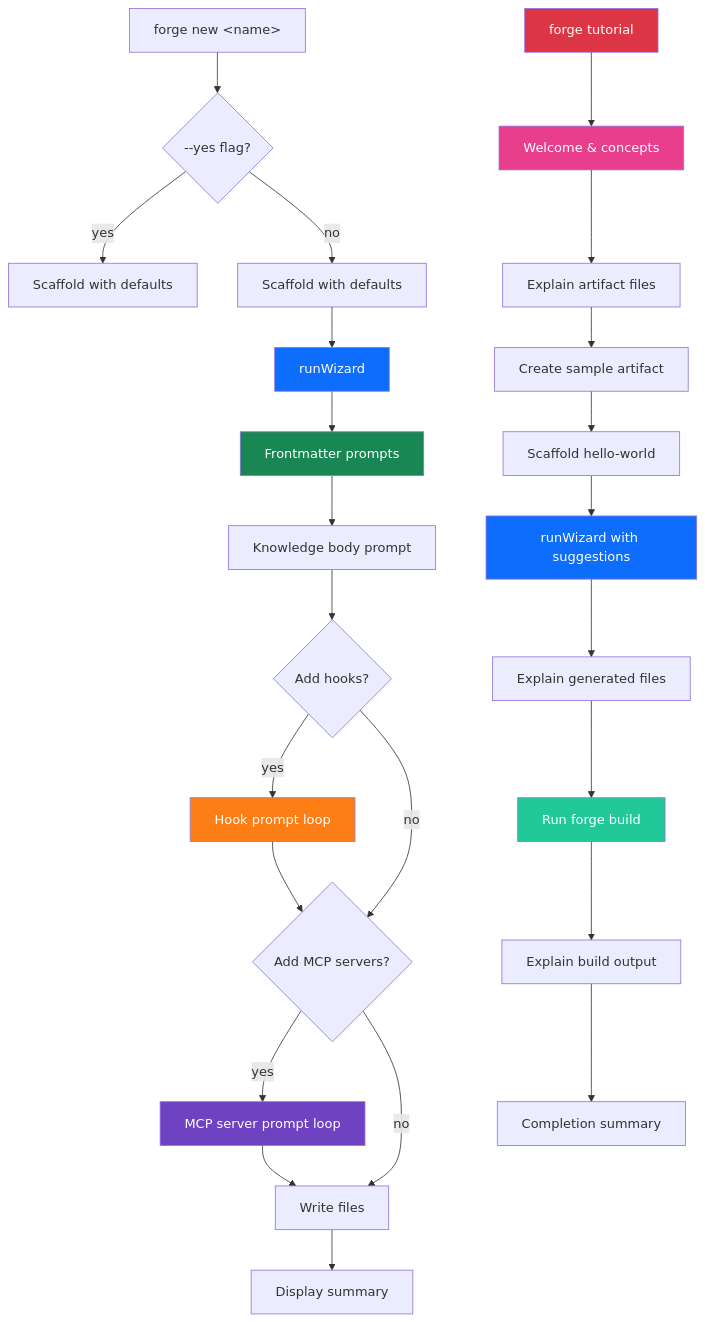
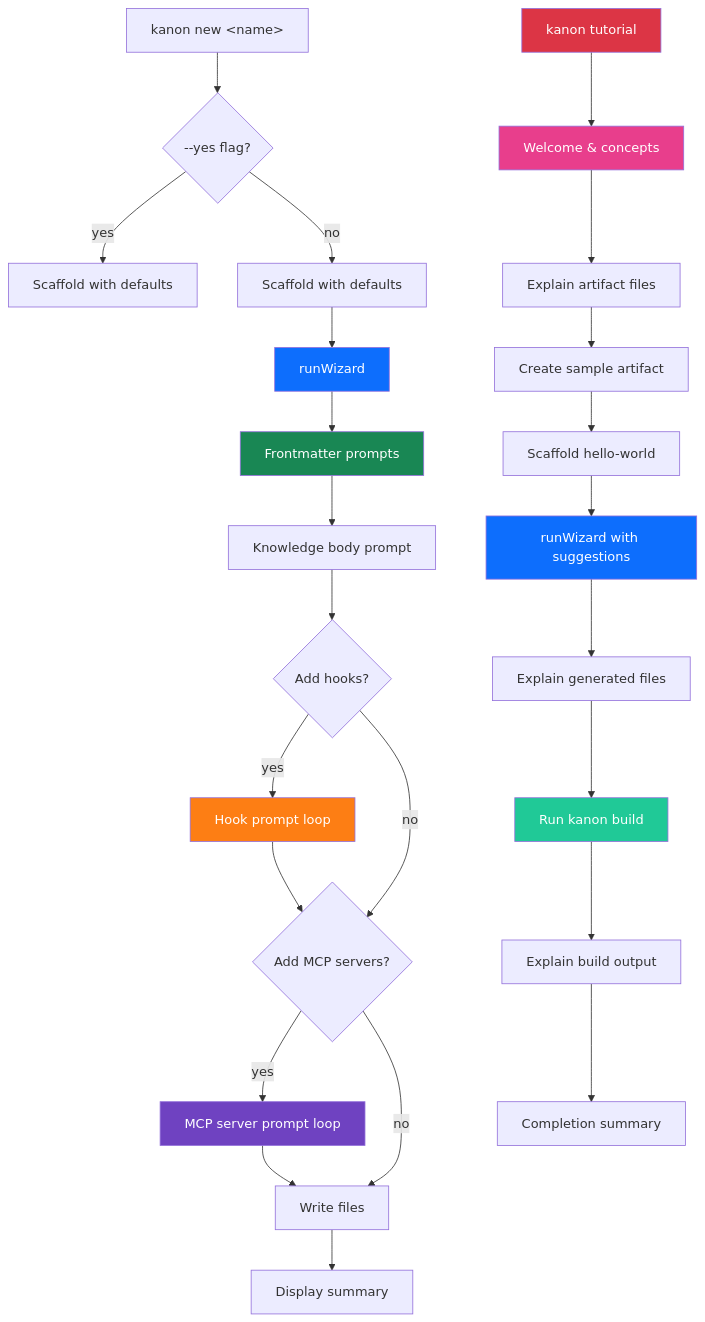
The diagram in .kiro/specs/interactive-new-command/design.md (jhu-sheridan-libraries/agentic-skill-library), drawn with Mermaid before and after one commit. The commit also changed other lines of this file and 1269 other files, not shown here.

````diff
--- a/.kiro/specs/interactive-new-command/design.md
+++ b/.kiro/specs/interactive-new-command/design.md
@@ -17,36 +17,36 @@
 ```mermaid
 flowchart TD
-    A["forge new &lt;name&gt;"] --> B{--yes flag?}
+    A["kanon new &lt;name&gt;"] --> B{--yes flag?}
     B -- yes --> C[Scaffold with defaults]
     B -- no --> D[Scaffold with defaults]
     D --> E[runWizard]
     E --> F[Frontmatter prompts]
     F --> G[Knowledge body prompt]
     G --> H{Add hooks?}
     H -- yes --> I[Hook prompt loop]
     H -- no --> J{Add MCP servers?}
     I --> J
     J -- yes --> K[MCP server prompt loop]
     J -- no --> L[Write files]
     K --> L
     L --> M[Display summary]
 
-    T["forge tutorial"] --> T1[Welcome & concepts]
+    T["kanon tutorial"] --> T1[Welcome & concepts]
     T1 --> T2[Explain artifact files]
     T2 --> T3[Create sample artifact]
     T3 --> D2[Scaffold hello-world]
     D2 --> E2[runWizard with suggestions]
     E2 --> T4[Explain generated files]
-    T4 --> T5[Run forge build]
+    T4 --> T5[Run kanon build]
     T5 --> T6[Explain build output]
     T6 --> T7[Completion summary]
 
     style E fill:#0d6efd,color:#fff
     style F fill:#198754,color:#fff
     style I fill:#fd7e14,color:#fff
     style K fill:#6f42c1,color:#fff
     style T fill:#dc3545,color:#fff
     style T1 fill:#e83e8c,color:#fff
     style E2 fill:#0d6efd,color:#fff
     style T5 fill:#20c997,color:#fff
 ```
````
